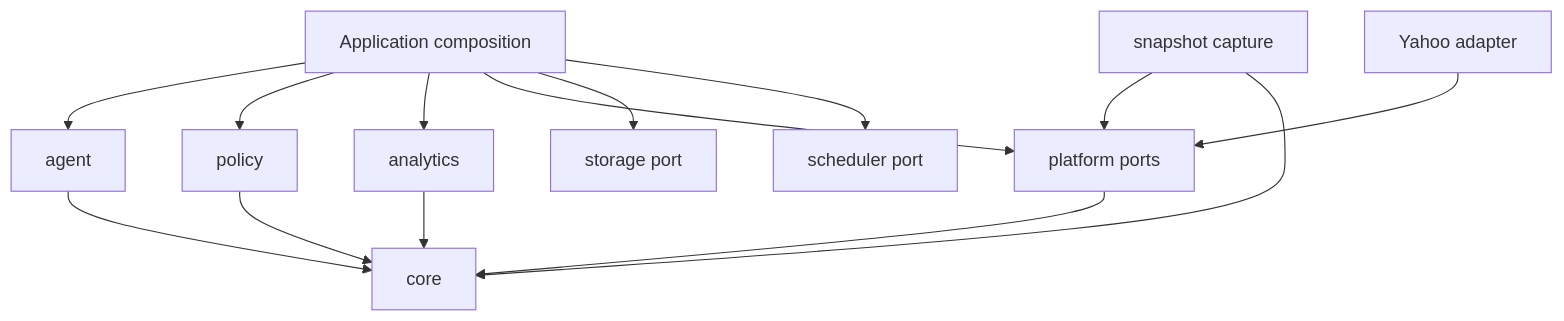
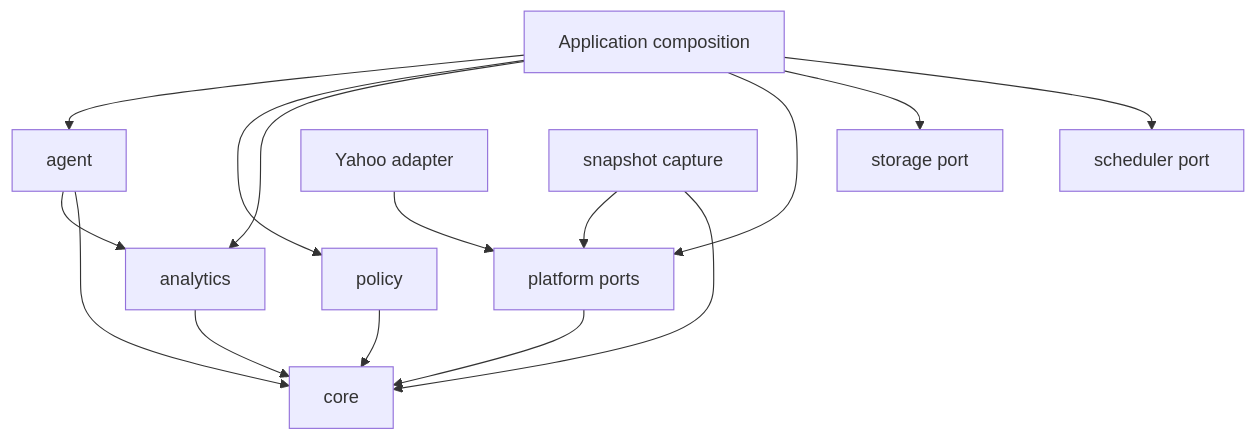
The diagram in docs/ARCHITECTURE.md (spencer-dye/eggbot), drawn with Mermaid before and after one commit. The commit also changed other lines of this file and 15 other files, not shown here.

````diff
--- a/docs/ARCHITECTURE.md
+++ b/docs/ARCHITECTURE.md
@@ -24,16 +24,17 @@
 ```mermaid
 flowchart TD
   CLI[Application composition] --> A[agent]
   CLI --> P[policy]
   CLI --> N[analytics]
   CLI --> FP[platform ports]
   CLI --> S[storage port]
   CLI --> J[scheduler port]
   Y[Yahoo adapter] --> FP
   LS[snapshot capture] --> FP
   LS --> C
+  A --> N
   A --> C[core]
   P --> C
   N --> C
   FP --> C
 ```
````
